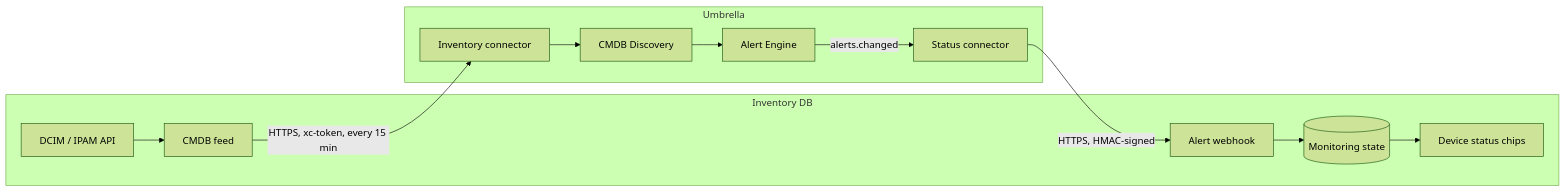
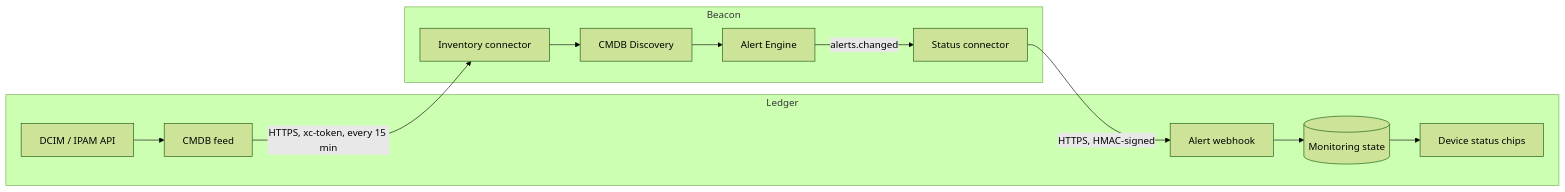
Before and after one commit to sbrw-evc/Inventory-DB: the diagram in docs/integrations.md, drawn with Mermaid (forest theme). The commit also changed other lines of this file and 107 other files, not shown here.

First line of the commit message:
Rename Inventory DB to Ledger; the other apps by their new names

````diff
--- a/docs/integrations.md
+++ b/docs/integrations.md
@@ -17,14 +17,14 @@
 ```mermaid
 flowchart LR
-  subgraph INV[Inventory DB]
+  subgraph INV[Ledger]
     DCIM[DCIM / IPAM API] --> FEED[CMDB feed]
     HOOK[Alert webhook] --> ST[(Monitoring state)]
     ST --> UI[Device status chips]
   end
-  subgraph UMB[Umbrella]
+  subgraph UMB[Beacon]
     IC[Inventory connector] --> CD[CMDB Discovery] --> AE[Alert Engine]
     AE -->|alerts.changed| OUT[Status connector]
   end
   FEED -- "HTTPS, xc-token, every 15 min" --> IC
   OUT -- "HTTPS, HMAC-signed" --> HOOK
 ```
````
